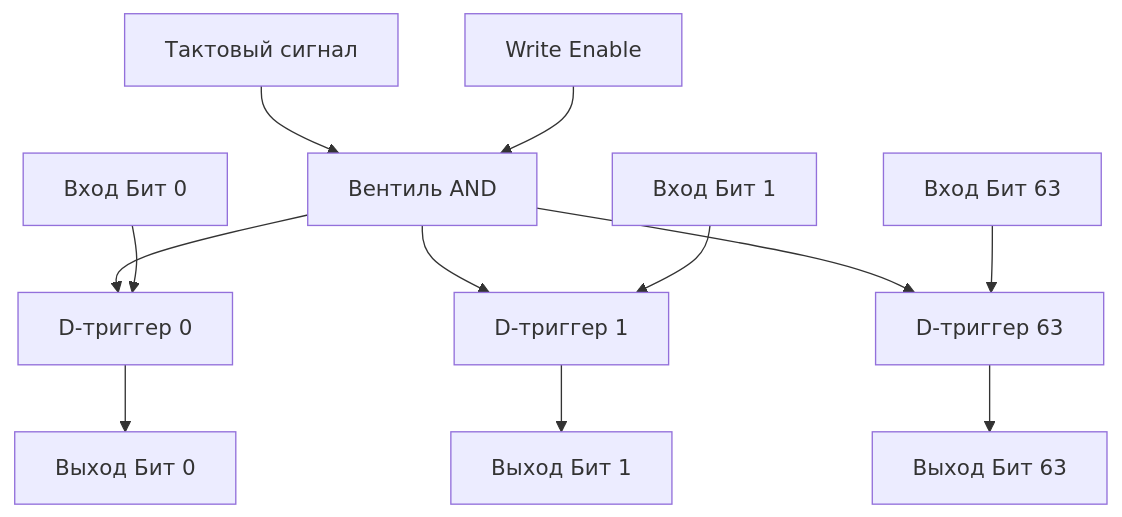
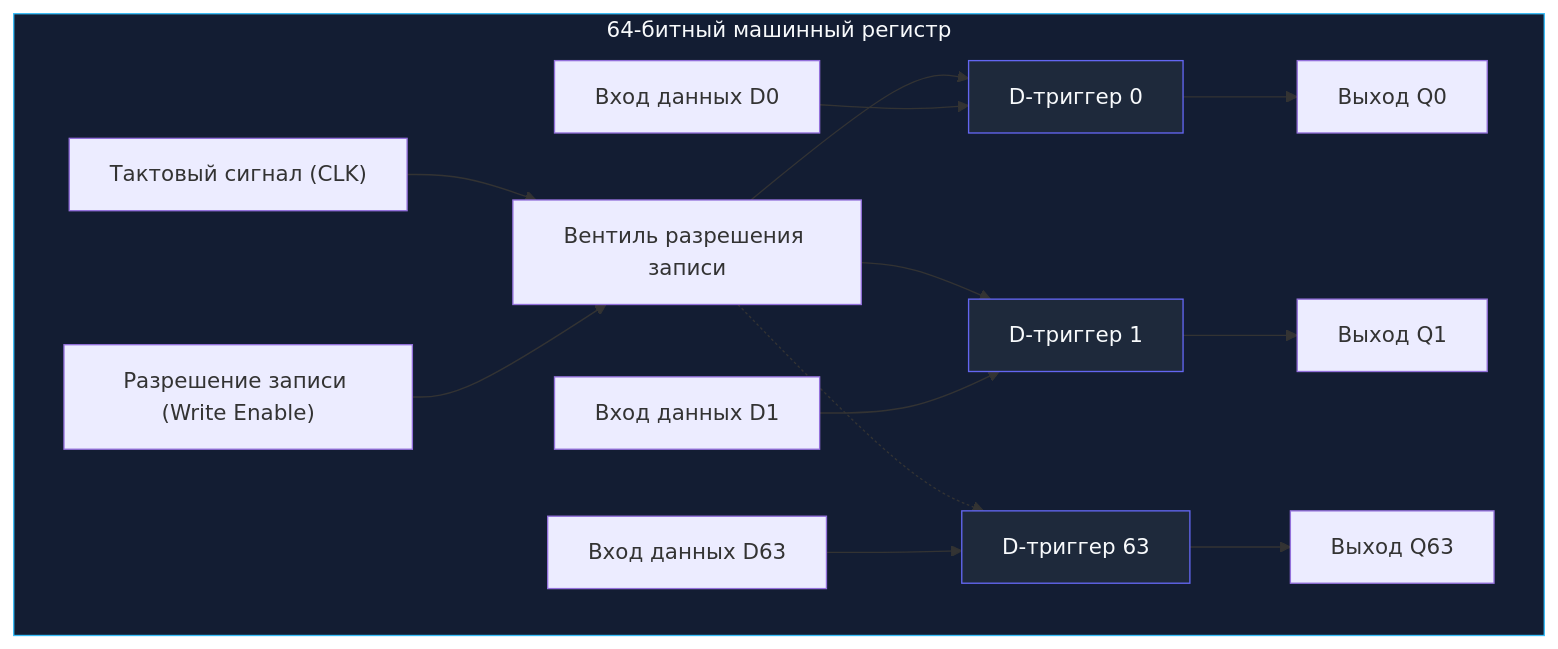
The first of 4 diagrams in sources/1. Архитектура компьютера/5. Регистры, счетчики и конечные автоматы.md (UnrealTemplier/go-textbook), drawn with Mermaid before and after one commit. The commit also changed other lines of this file, not shown here.

````diff
--- a/sources/1. Архитектура компьютера/5. Регистры, счетчики и конечные автоматы.md
+++ b/sources/1. Архитектура компьютера/5. Регистры, счетчики и конечные автоматы.md
@@ -14,17 +18,24 @@
 ```mermaid
 flowchart TD
-    CLK["Тактовый сигнал"] --> AND1["Вентиль AND"]
-    WE["Write Enable"] --> AND1
-    
-    AND1 --> D1["D-триггер 0"]
-    AND1 --> D2["D-триггер 1"]
-    AND1 --> Dn["D-триггер 63"]
-    
-    IN0["Вход Бит 0"] --> D1
-    IN1["Вход Бит 1"] --> D2
-    INn["Вход Бит 63"] --> Dn
-    
-    D1 --> OUT0["Выход Бит 0"]
-    D2 --> OUT1["Выход Бит 1"]
-    Dn --> OUTn["Выход Бит 63"]
+    subgraph Register ["64-битный машинный регистр"]
+        CLK["Тактовый сигнал (CLK)"] --> Gate["Вентиль разрешения записи"]
+        WE["Разрешение записи (Write Enable)"] --> Gate
+        
+        Gate --> T0["D-триггер 0"]
+        Gate --> T1["D-триггер 1"]
+        Gate -.-> Tn["D-триггер 63"]
+        
+        In0["Вход данных D0"] --> T0
+        In1["Вход данных D1"] --> T1
+        Inn["Вход данных D63"] --> Tn
+        
+        T0 --> Out0["Выход Q0"]
+        T1 --> Out1["Выход Q1"]
+        Tn --> Outn["Выход Q63"]
+    end
+
+    classDef reg fill:#131d33,stroke:#38bdf8,stroke-width:1px,color:#f8fafc;
+    classDef trig fill:#1e293b,stroke:#6366f1,stroke-width:1px,color:#f8fafc;
+    class Register reg;
+    class T0,T1,Tn trig;
 ```
````
